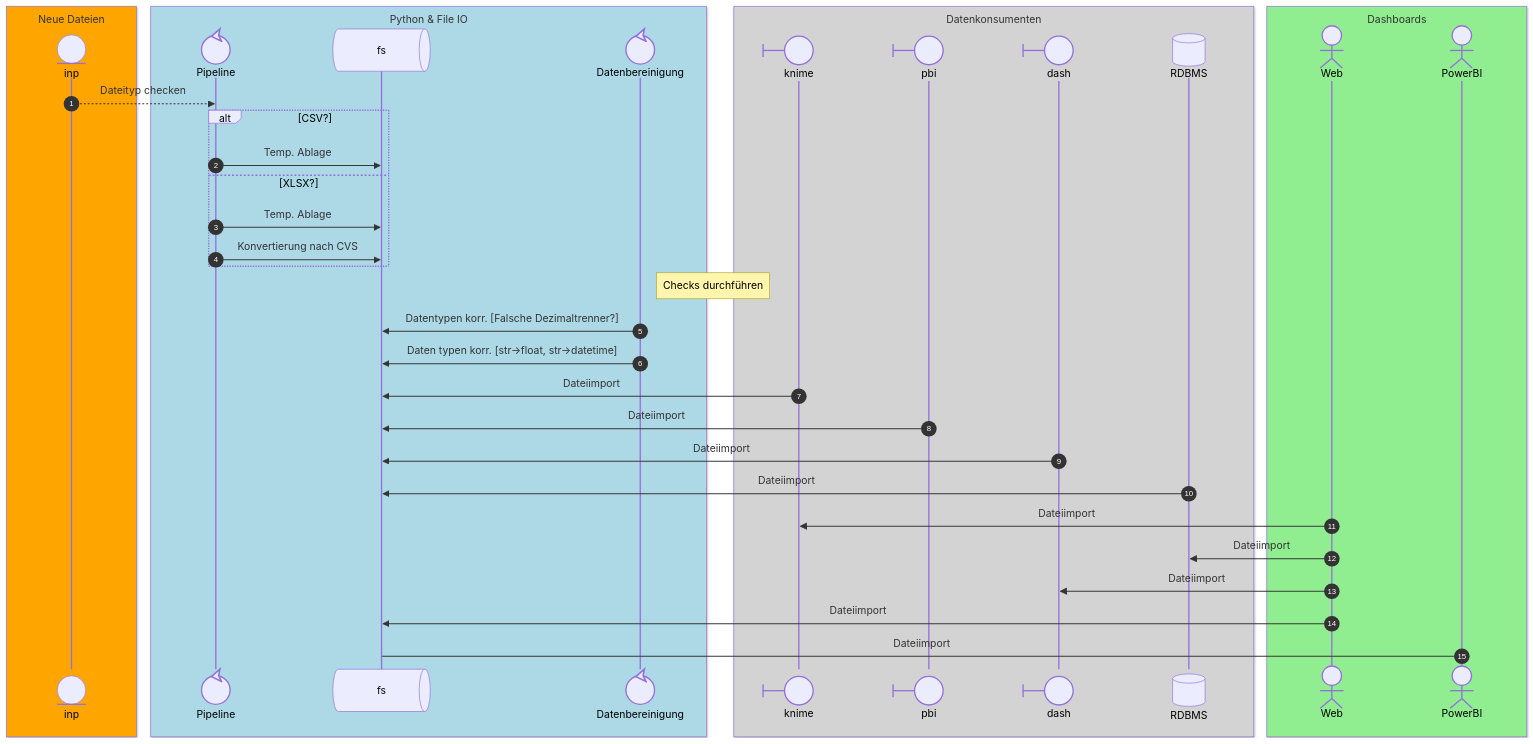
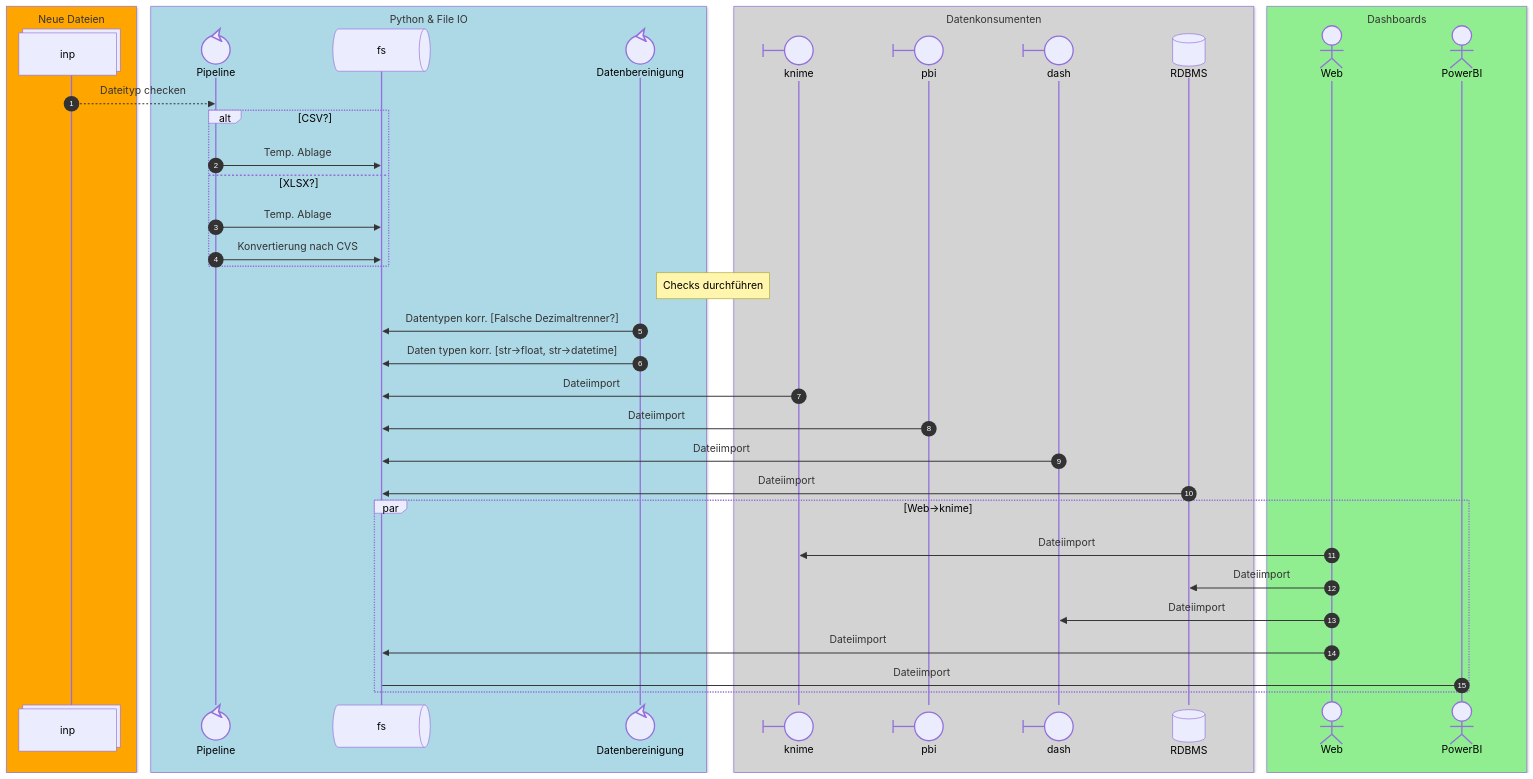
The diagram in Documentation/Data_Quality.md (nevsglueckauf/wq), drawn with Mermaid before and after one commit.

Commit message:
Dokumentation zur Datenbereinigung

````diff
--- a/Documentation/Data_Quality.md
+++ b/Documentation/Data_Quality.md
@@ -7,52 +7,54 @@
 ```mermaid
 sequenceDiagram
     autonumber
     
     box orange Neue Dateien
-    participant inp@{ "type" : "entity" }
+    participant inp@{ "type" : "collections" }
     end
     box lightblue  Python &  File IO
     participant Pipeline@{ "type" : "control" }
     participant fs@{ "type" : "queue" }
     participant Datenbereinigung@{ "type" : "control" }
     end 
 
     box lightgray  Datenkonsumenten
     participant knime@{ "type" : "boundary" }
     participant pbi@{ "type" : "boundary" }
     participant dash@{ "type" : "boundary" }
     participant RDBMS@{ "type" : "database" }
     end 
 
     box lightgreen  Dashboards
     actor Web
     actor PowerBI
     end 
 
     inp-->>Pipeline: Dateityp checken
      alt CSV?
             Pipeline->>fs: Temp. Ablage
      else XLSX?
             Pipeline->>fs: Temp. Ablage
             Pipeline->>fs: Konvertierung nach CVS
     end
     Note right of Datenbereinigung: Checks durchführen
     Datenbereinigung->>fs: Datentypen korr. [Falsche Dezimaltrenner?]
     Datenbereinigung->>fs: Daten typen korr. [str->float, str->datetime]
 
     knime->>fs: Dateiimport
     pbi->>fs: Dateiimport
     dash->>fs: Dateiimport
     RDBMS->>fs: Dateiimport
     
+    par Web->knime
     Web->>knime: Dateiimport
     Web->>RDBMS: Dateiimport
     Web->>dash: Dateiimport
     Web->>fs: Dateiimport
     PowerBI->fs: Dateiimport
+    end
 
 
 
     
 
 ```
````
